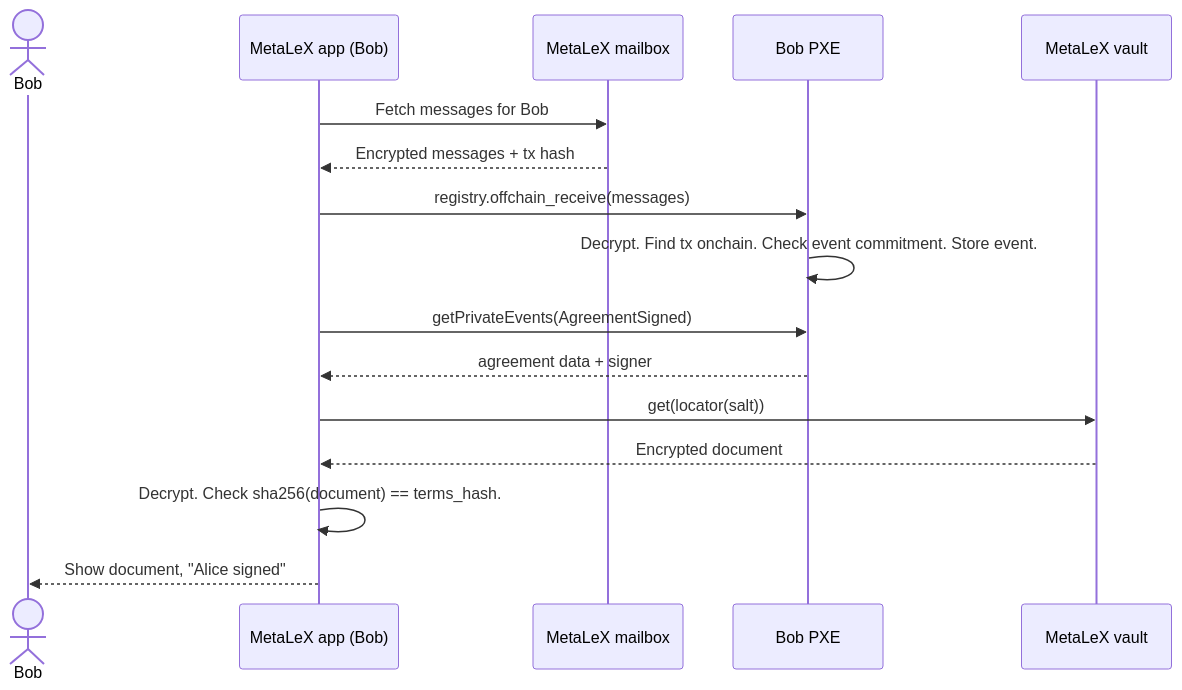
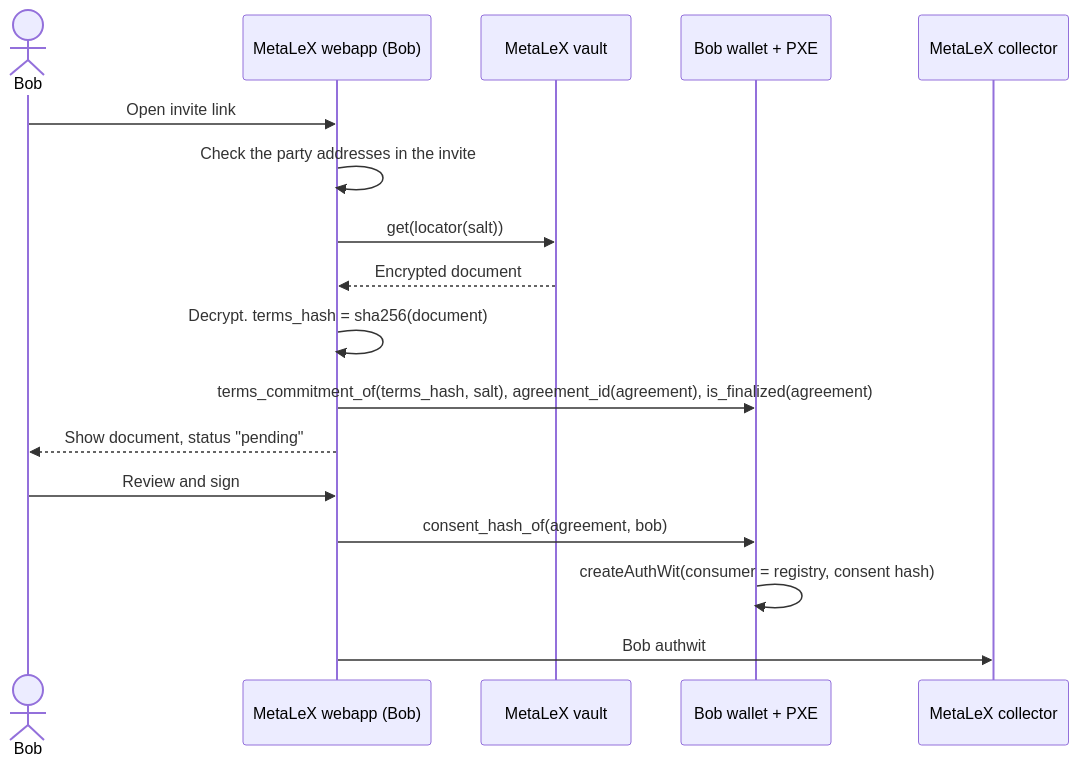
Before and after one commit to MetaLex-Tech/cybercorps-contracts: the second of 3 diagrams in aztec/USER-FLOWS.md, drawn with Mermaid. The commit also changed other lines of this file and 9 other files, not shown here.

````diff
--- a/aztec/USER-FLOWS.md
+++ b/aztec/USER-FLOWS.md
@@ -50,19 +46,20 @@
 ```mermaid
 sequenceDiagram
   actor Bob
-  participant App as MetaLeX app (Bob)
-  participant Mailbox as MetaLeX mailbox
-  participant PXE as Bob PXE
+  participant App as MetaLeX webapp (Bob)
   participant Vault as MetaLeX vault
+  participant PXE as Bob wallet + PXE
+  participant Collector as MetaLeX collector
 
-  App->>Mailbox: Fetch messages for Bob
-  Mailbox-->>App: Encrypted messages + tx hash
-  App->>PXE: registry.offchain_receive(messages)
-  PXE->>PXE: Decrypt. Find tx onchain. Check event commitment. Store event.
-  App->>PXE: getPrivateEvents(AgreementSigned)
-  PXE-->>App: agreement data + signer
+  Bob->>App: Open invite link
+  App->>App: Check the party addresses in the invite
   App->>Vault: get(locator(salt))
   Vault-->>App: Encrypted document
-  App->>App: Decrypt. Check sha256(document) == terms_hash.
-  App-->>Bob: Show document, "Alice signed"
+  App->>App: Decrypt. terms_hash = sha256(document)
+  App->>PXE: terms_commitment_of(terms_hash, salt), agreement_id(agreement), is_finalized(agreement)
+  App-->>Bob: Show document, status "pending"
+  Bob->>App: Review and sign
+  App->>PXE: consent_hash_of(agreement, bob)
+  PXE->>PXE: createAuthWit(consumer = registry, consent hash)
+  App->>Collector: Bob authwit
 ```
````
